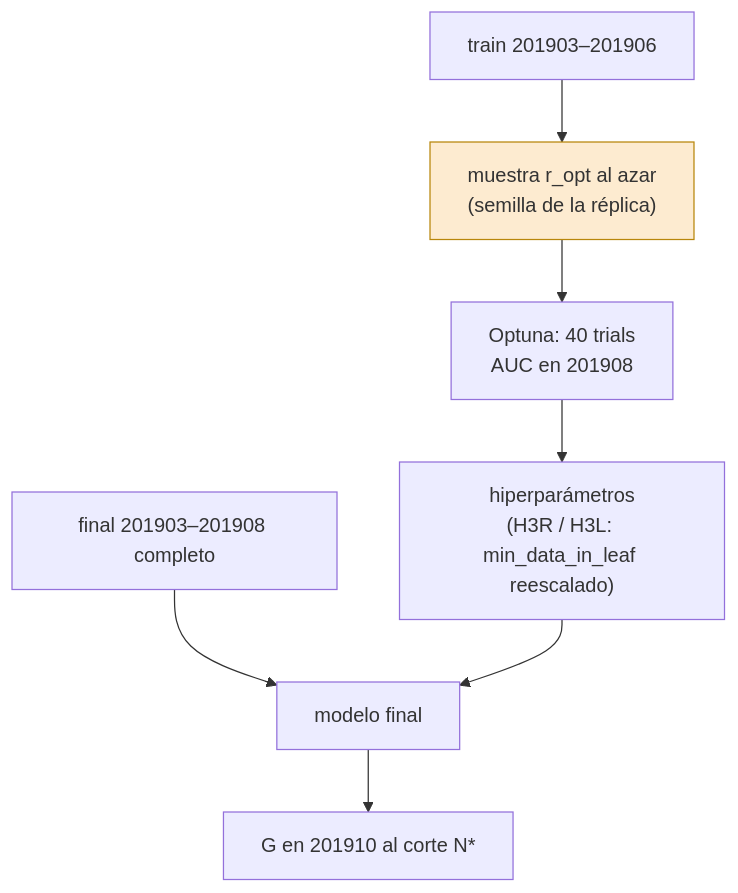
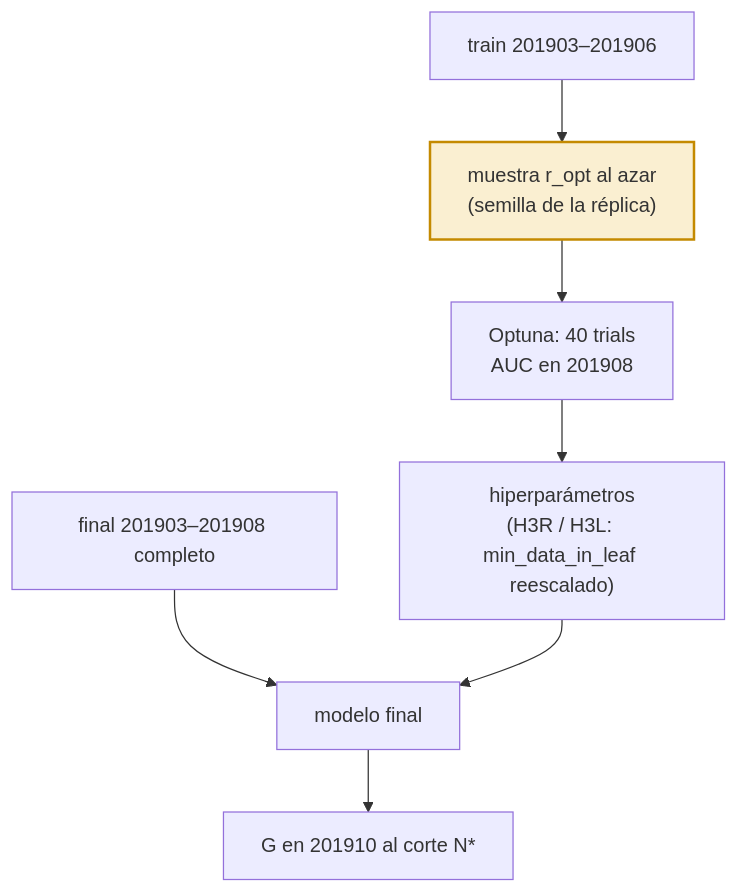
The diagram in experimentos/h3/README.md (agustinarazanov/dmeyf-experimento-sampling), drawn with Mermaid before and after one commit. The commit also changed 12 other files, not shown here.

````diff
--- a/experimentos/h3/README.md
+++ b/experimentos/h3/README.md
@@ -16,10 +16,10 @@
 ```mermaid
 flowchart TB
   D[train 201903–201906] --> M["muestra r_opt al azar<br/>(semilla de la réplica)"]
   M --> O["Optuna: 40 trials<br/>AUC en 201908"]
   O --> HP["hiperparámetros<br/>(H3R / H3L: min_data_in_leaf reescalado)"]
   F[final 201903–201908 completo] --> E[modelo final]
   HP --> E
   E --> T["G en 201910 al corte N*"]
-  style M fill:#fdebd0,stroke:#b8860b
+  style M fill:#e0a8002e,stroke:#c48a00,stroke-width:2px
 ```
````
